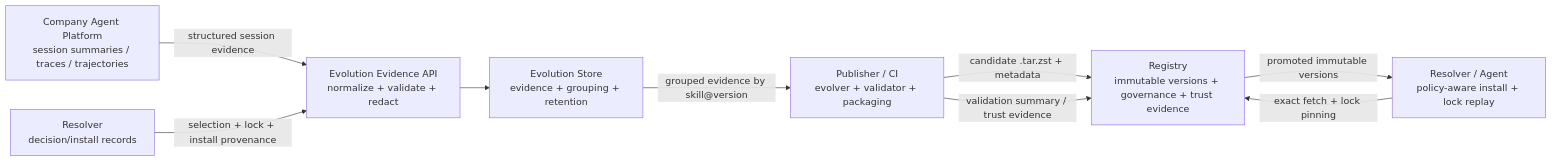
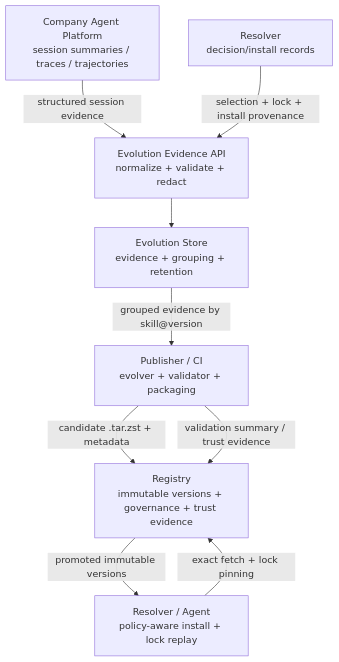
The first of 2 diagrams in docs/drafts/collective-skill-evolution.md (aptitude-stack/registery), drawn with Mermaid before and after one commit. The commit also changed 4 other files, not shown here.

Commit message:
Ignore Vercel files and update evolution diagram

````diff
--- a/docs/drafts/collective-skill-evolution.md
+++ b/docs/drafts/collective-skill-evolution.md
@@ -88,19 +88,19 @@
 ```mermaid
-flowchart LR
+flowchart TD
     Company["Company Agent Platform<br/>session summaries / traces / trajectories"]
     Ingestion["Evolution Evidence API<br/>normalize + validate + redact"]
     EvolutionStore["Evolution Store<br/>evidence + grouping + retention"]
     Resolver["Resolver<br/>decision/install records"]
     Publisher["Publisher / CI<br/>evolver + validator + packaging"]
     Registry["Registry<br/>immutable versions + governance + trust evidence"]
     Consumer["Resolver / Agent<br/>policy-aware install + lock replay"]
 
     Company -->|structured session evidence| Ingestion
     Resolver -->|selection + lock + install provenance| Ingestion
     Ingestion --> EvolutionStore
     EvolutionStore -->|grouped evidence by skill@version| Publisher
     Publisher -->|candidate .tar.zst + metadata| Registry
     Publisher -->|validation summary / trust evidence| Registry
     Registry -->|promoted immutable versions| Consumer
     Consumer -->|exact fetch + lock pinning| Registry
 ```
````
